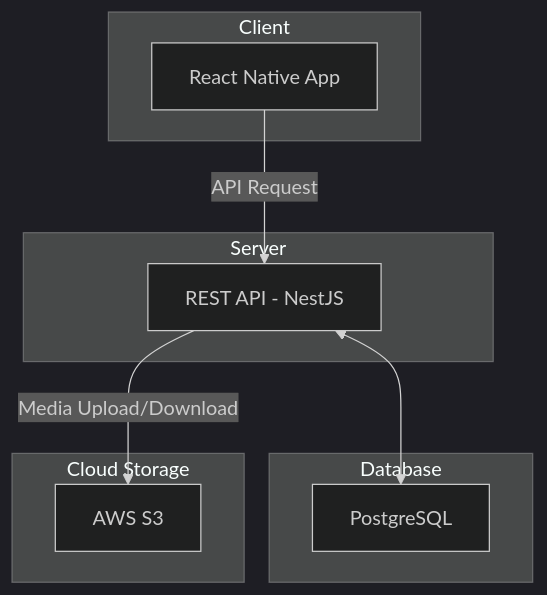
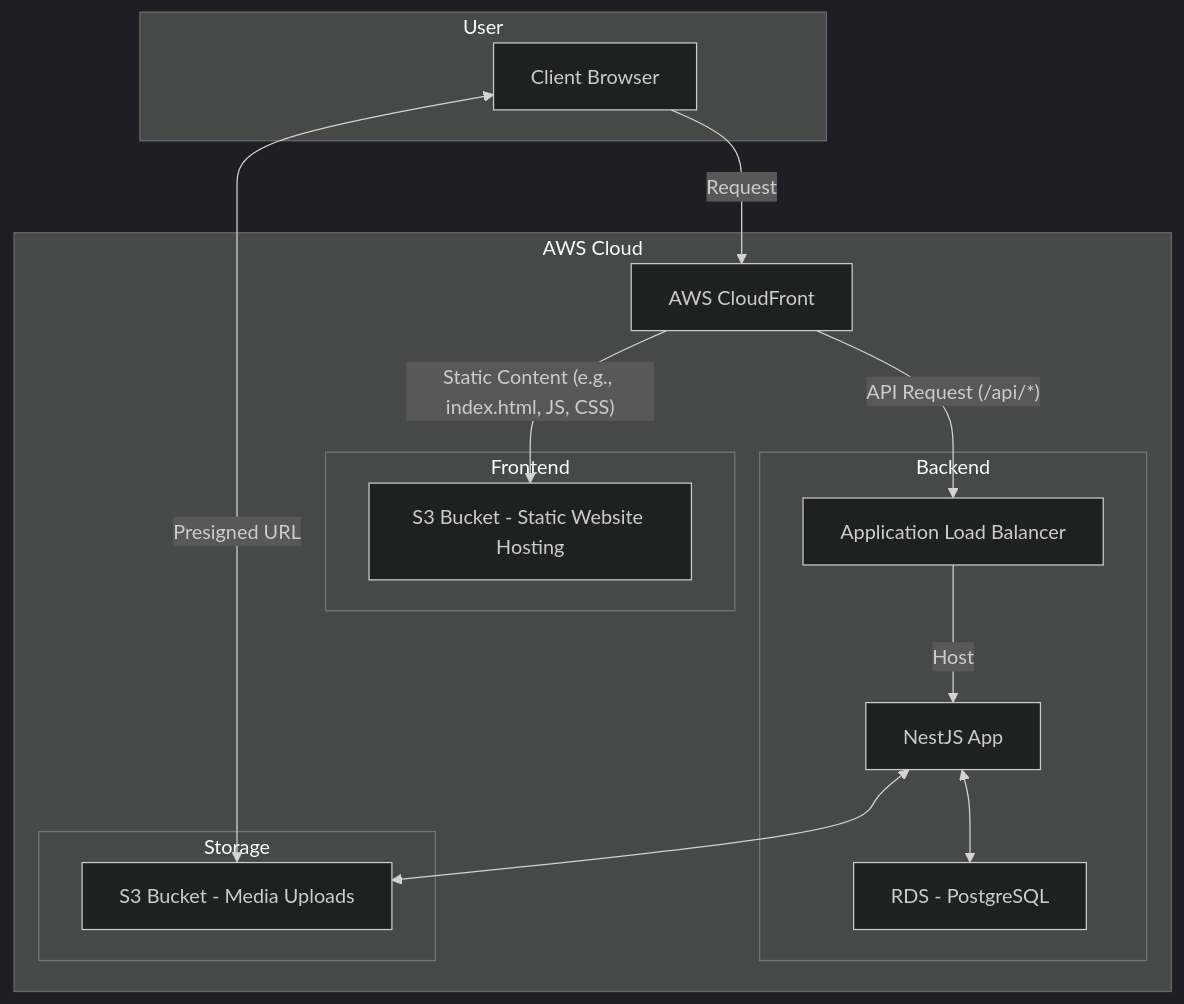
The diagram in README.md (yomce/Recho), drawn with Mermaid (dark theme) before and after one commit.

````diff
--- a/README.md
+++ b/README.md
@@ -67,22 +67,32 @@
 ```mermaid
 graph TD
-    subgraph Client
-        A[React Native App]
+    subgraph "User"
+        A[Client Browser]
     end
 
-    subgraph Server
-        B[REST API - NestJS]
+    subgraph "AWS Cloud"
+        B[AWS CloudFront]
+
+        subgraph "Frontend"
+            C[S3 Bucket - Static Website Hosting]
+        end
+
+        subgraph "Backend"
+            D[Application Load Balancer]
+            E[NestJS App]
+            F[RDS - PostgreSQL]
+        end
+
+        subgraph "Storage"
+            G[S3 Bucket - Media Uploads]
+        end
     end
 
-    subgraph Database
-        C[PostgreSQL]
-    end
-
-    subgraph Cloud Storage
-        D[AWS S3]
-    end
-
-    A -- API Request --> B
-    B <--> C
-    B -- Media Upload/Download --> D
+    A -- Request --> B
+    B -- Static Content (e.g., index.html, JS, CSS) --> C
+    B -- API Request (/api/*) --> D
+    D -- Host --> E
+    E <--> F
+    E <--> G
+    G <--Presigned URL--> A
 ```
````
